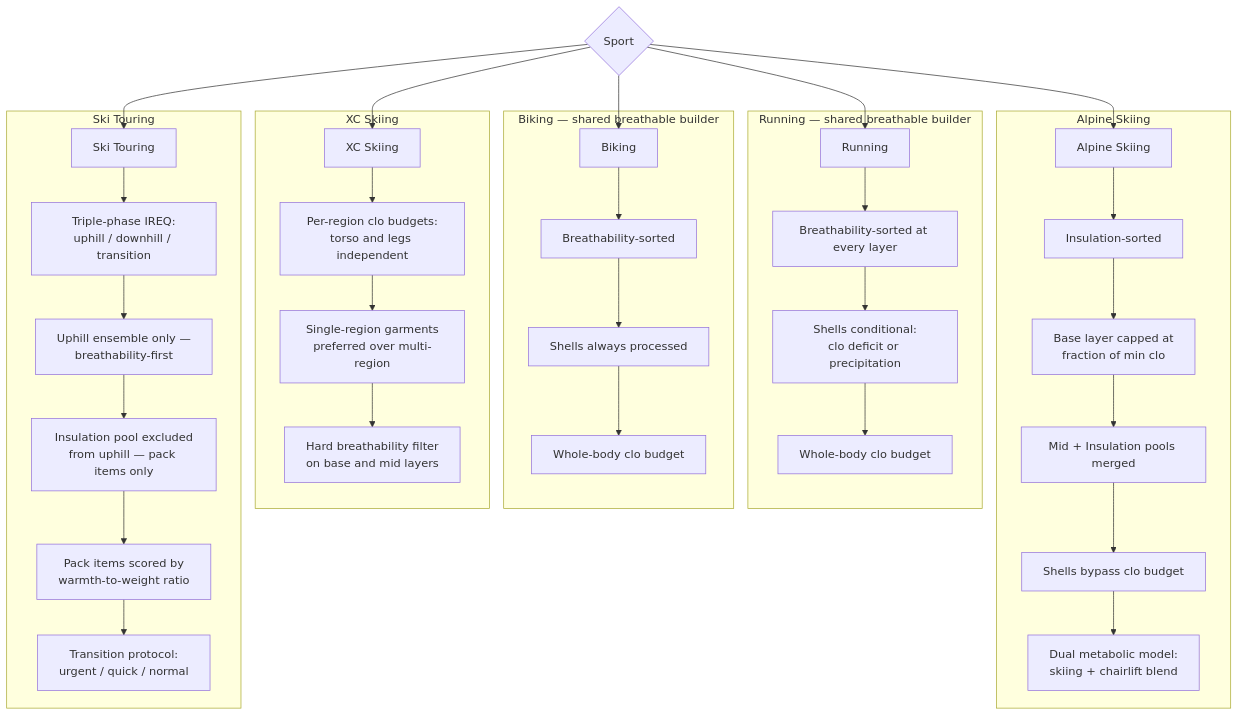
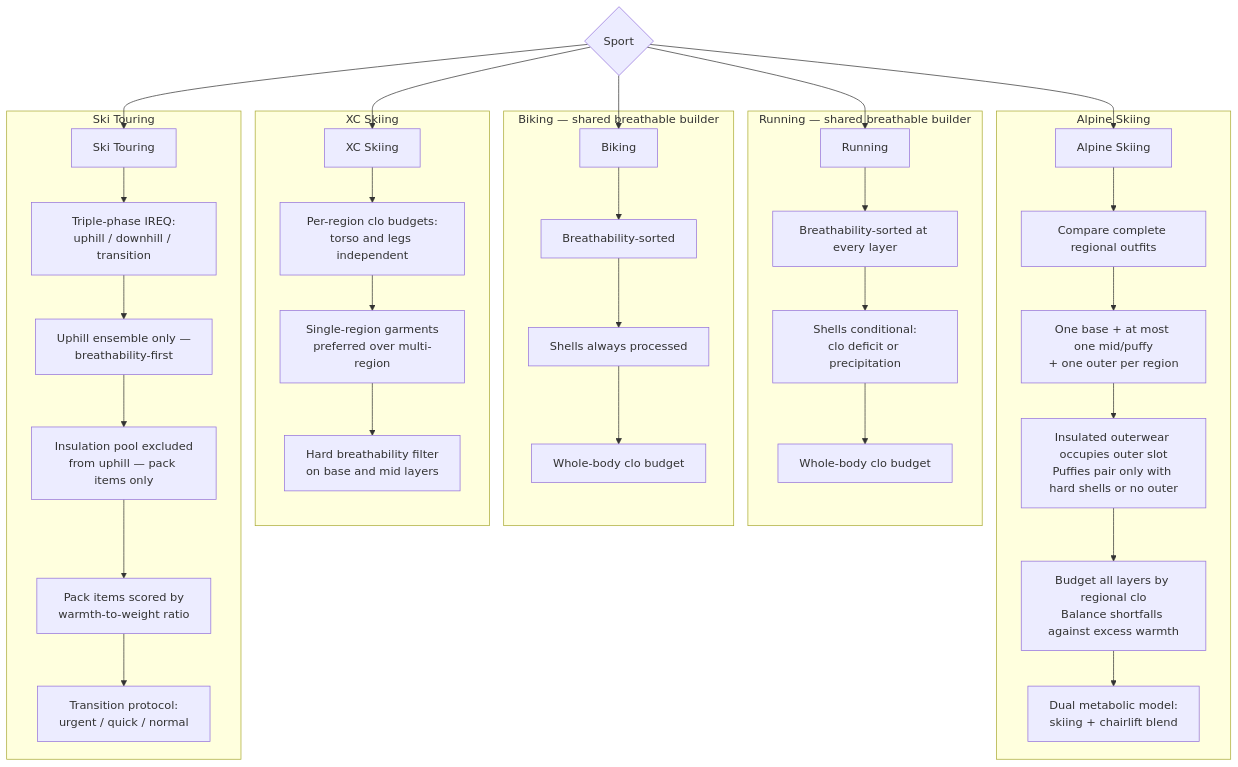
One commit to derobertsw/swttr changed the fourth of 6 diagrams in README.md. Above: the diagram before and after it, drawn with Mermaid. The commit also changed other lines of this file and 10 other files, not shown here.

First line of the commit message:
Prevent alpine recommendations from stacking mid layers and outerwear (#134)

````diff
--- a/README.md
+++ b/README.md
@@ -159,42 +164,42 @@
 ```mermaid
 graph TD
     SPORT{Sport} --> RUN[Running]
     SPORT --> BIKE[Biking]
     SPORT --> ALP[Alpine Skiing]
     SPORT --> XC[XC Skiing]
     SPORT --> TOUR[Ski Touring]
 
     subgraph "Running — shared breathable builder"
         RUN --> R1[Breathability-sorted at every layer]
         R1 --> R2[Shells conditional:<br/>clo deficit or precipitation]
         R2 --> R3[Whole-body clo budget]
     end
 
     subgraph "Biking — shared breathable builder"
         BIKE --> B1[Breathability-sorted]
         B1 --> B2[Shells always processed]
         B2 --> B3[Whole-body clo budget]
     end
 
     subgraph "Alpine Skiing"
-        ALP --> A1[Insulation-sorted]
-        A1 --> A2[Base layer capped at<br/>fraction of min clo]
-        A2 --> A3[Mid + Insulation pools merged]
-        A3 --> A4[Shells bypass clo budget]
+        ALP --> A1[Compare complete regional outfits]
+        A1 --> A2[One base + at most one mid/puffy<br/>+ one outer per region]
+        A2 --> A3[Insulated outerwear occupies outer slot<br/>Puffies pair only with hard shells or no outer]
+        A3 --> A4[Budget all layers by regional clo<br/>Balance shortfalls against excess warmth]
         A4 --> A5[Dual metabolic model:<br/>skiing + chairlift blend]
     end
 
     subgraph "XC Skiing"
         XC --> X1[Per-region clo budgets:<br/>torso and legs independent]
         X1 --> X2[Single-region garments<br/>preferred over multi-region]
         X2 --> X3[Hard breathability filter<br/>on base and mid layers]
     end
 
     subgraph "Ski Touring"
         TOUR --> T1a[Triple-phase IREQ:<br/>uphill / downhill / transition]
         T1a --> T2a[Uphill ensemble only —<br/>breathability-first]
         T2a --> T3a[Insulation pool excluded<br/>from uphill — pack items only]
         T3a --> T4a[Pack items scored by<br/>warmth-to-weight ratio]
         T4a --> T5a[Transition protocol:<br/>urgent / quick / normal]
     end
 ```
````
